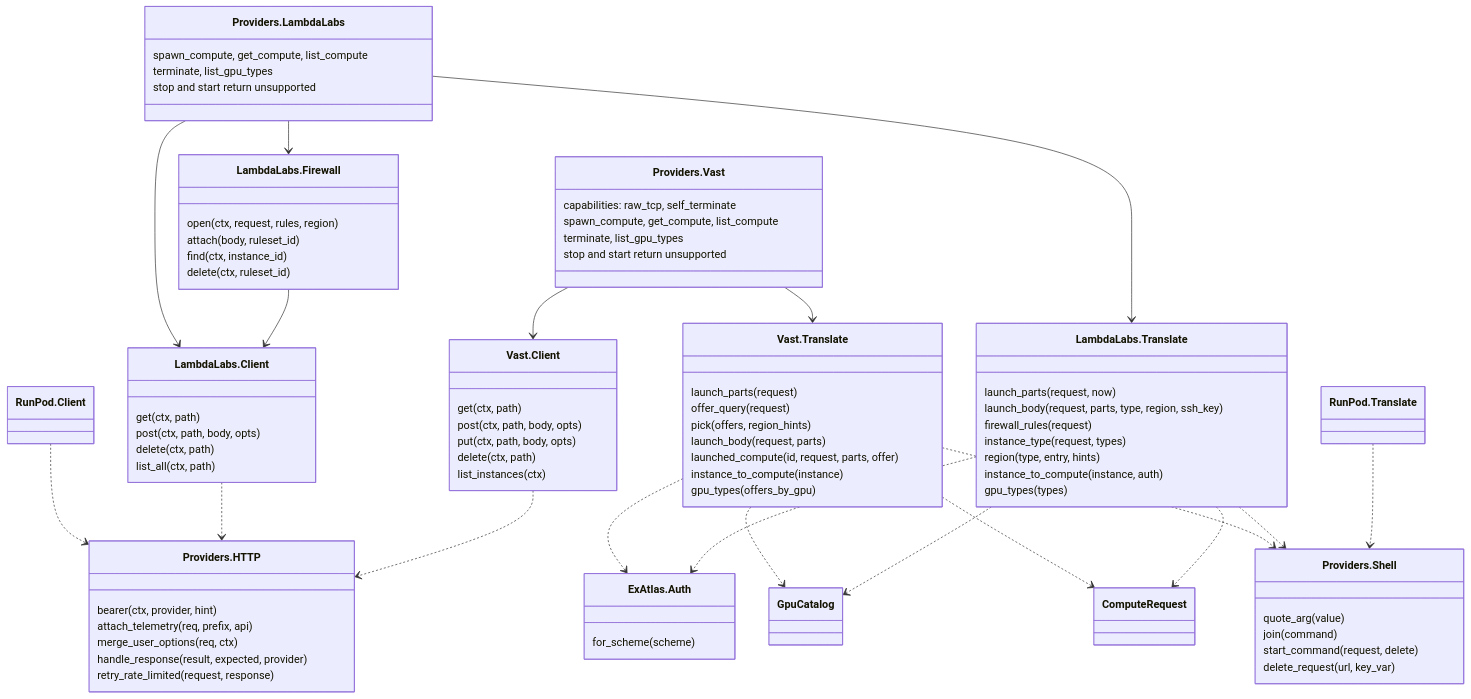
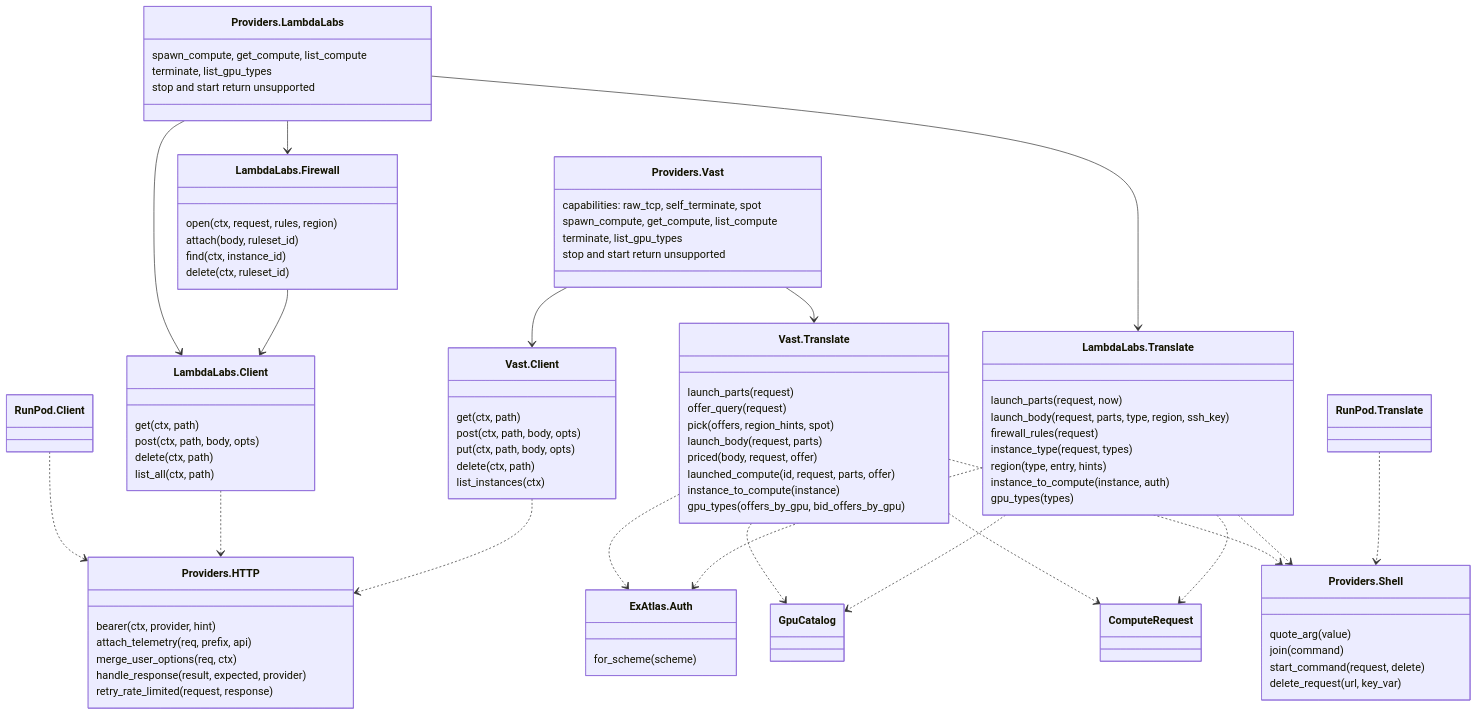
Before and after one commit to udin-io/ex_atlas: the eighth of 8 diagrams in docs/architecture.md, drawn with Mermaid. The commit also changed other lines of this file and 15 other files, not shown here.

First line of the commit message:
Vast.ai: spot: true rents interruptible offers, and an outbid instance respawns (slice 3) (#113)

```diff
--- a/docs/architecture.md
+++ b/docs/architecture.md
@@ -364,7 +393,7 @@
     delete_request(url, key_var)
   }
   class Vast["Providers.Vast"] {
-    capabilities: raw_tcp, self_terminate
+    capabilities: raw_tcp, self_terminate, spot
     spawn_compute, get_compute, list_compute
     terminate, list_gpu_types
     stop and start return unsupported
@@ -379,11 +408,12 @@
   class VastTranslate["Vast.Translate"] {
     launch_parts(request)
     offer_query(request)
-    pick(offers, region_hints)
+    pick(offers, region_hints, spot)
     launch_body(request, parts)
+    priced(body, request, offer)
     launched_compute(id, request, parts, offer)
     instance_to_compute(instance)
-    gpu_types(offers_by_gpu)
+    gpu_types(offers_by_gpu, bid_offers_by_gpu)
   }
   class RunPodTranslate["RunPod.Translate"]
   RunPodClient ..> HTTP
```
